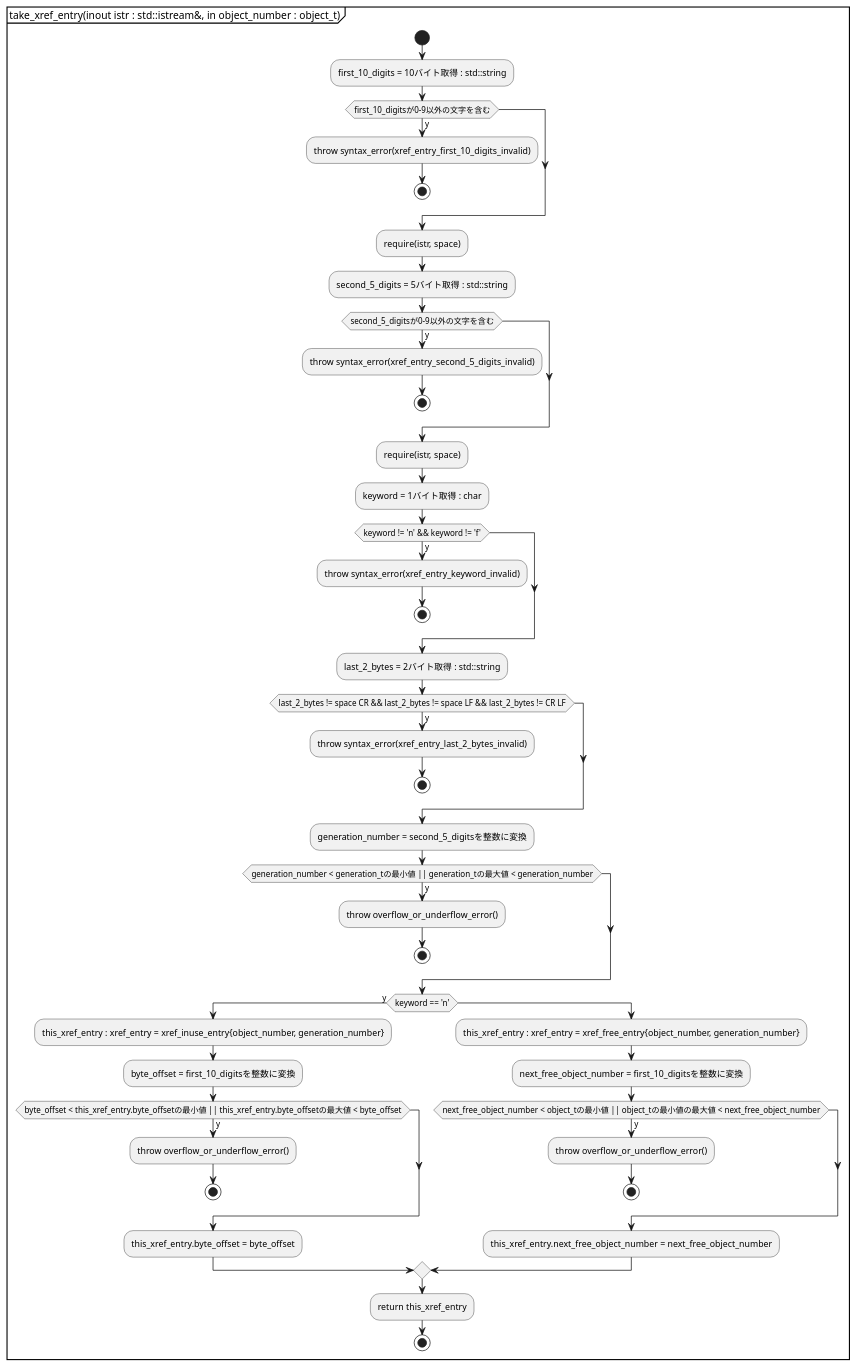
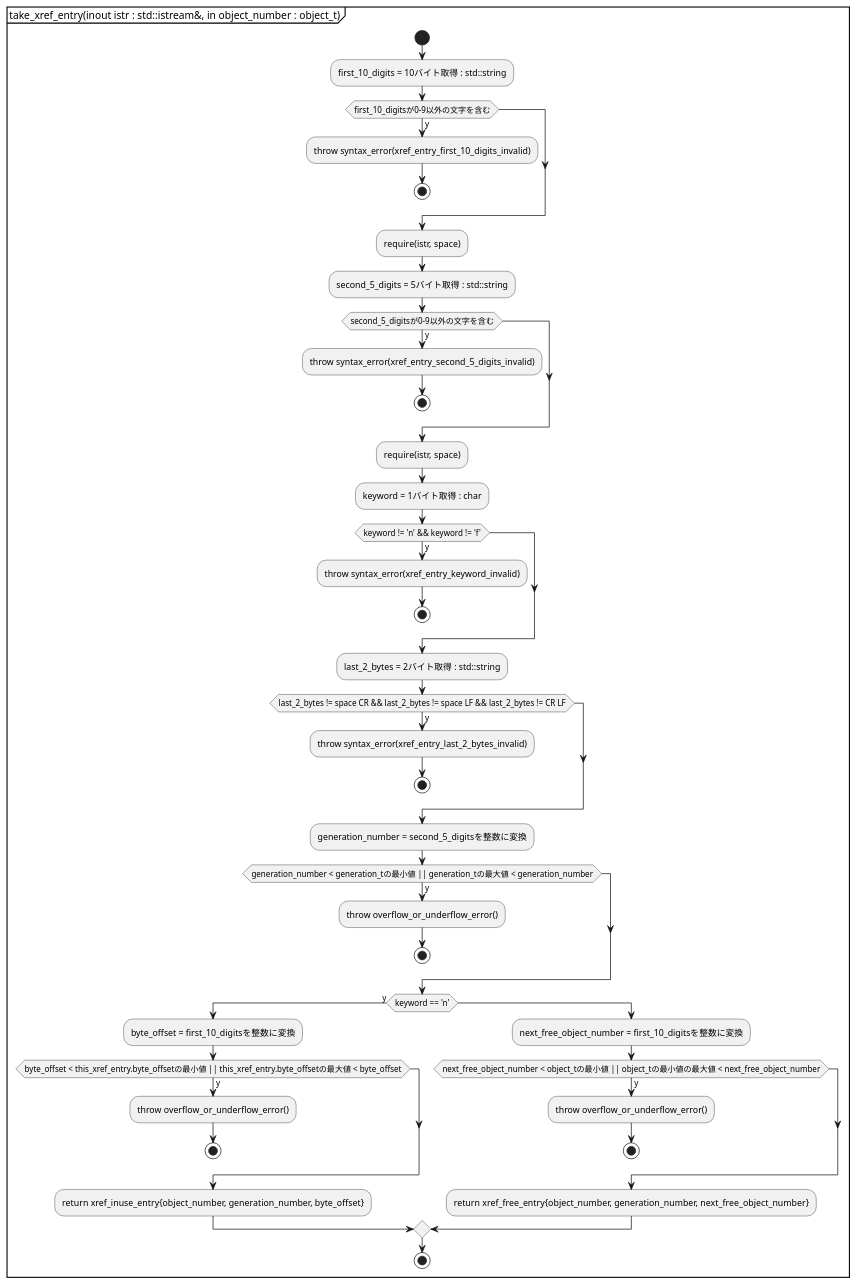
The seventh of 11 diagrams in document/parser.activity.pu (KodaiYM/PDFReader), drawn with PlantUML before and after one commit. The commit also changed 2 other files, not shown here.

Commit message:
wrote take_xref_entry

```diff
--- a/document/parser.activity.pu
+++ b/document/parser.activity.pu
@@ -110,52 +110,49 @@
 @startuml take_xref_entry
 partition "take_xref_entry(inout istr : std::istream&, in object_number : object_t)" {
 start
 	:first_10_digits = 10バイト取得 : std::string;
 	if (first_10_digitsが0-9以外の文字を含む) then (y)
 		:throw syntax_error(xref_entry_first_10_digits_invalid);
 		stop
 	endif
 	:require(istr, space);
 	:second_5_digits = 5バイト取得 : std::string;
 	if (second_5_digitsが0-9以外の文字を含む) then (y)
 		:throw syntax_error(xref_entry_second_5_digits_invalid);
 		stop
 	endif
 	:require(istr, space);
 	:keyword = 1バイト取得 : char;
 	if (keyword != 'n' && keyword != 'f') then (y)
 		:throw syntax_error(xref_entry_keyword_invalid);
 		stop
 	endif
 	:last_2_bytes = 2バイト取得 : std::string;
 	if (last_2_bytes != space CR && last_2_bytes != space LF && last_2_bytes != CR LF) then (y)
 		:throw syntax_error(xref_entry_last_2_bytes_invalid);
 		stop
 	endif
 
 	:generation_number = second_5_digitsを整数に変換;
 	if (generation_number < generation_tの最小値 || generation_tの最大値 < generation_number) then (y)
 		:throw overflow_or_underflow_error();
 		stop
 	endif
 	if (keyword == 'n') then (y)
-		:this_xref_entry : xref_entry = xref_inuse_entry{object_number, generation_number};
 		:byte_offset = first_10_digitsを整数に変換;
 		if (byte_offset < this_xref_entry.byte_offsetの最小値 || this_xref_entry.byte_offsetの最大値 < byte_offset) then (y)
 			:throw overflow_or_underflow_error();
 			stop
 		endif
-		:this_xref_entry.byte_offset = byte_offset;
+		:return xref_inuse_entry{object_number, generation_number, byte_offset};
 	else
-		:this_xref_entry : xref_entry = xref_free_entry{object_number, generation_number};
 		:next_free_object_number = first_10_digitsを整数に変換;
 		if (next_free_object_number < object_tの最小値 || object_tの最小値の最大値 < next_free_object_number) then (y)
 			:throw overflow_or_underflow_error();
 			stop
 		endif
-		:this_xref_entry.next_free_object_number = next_free_object_number;
+		:return xref_free_entry{object_number, generation_number, next_free_object_number};
 	endif
-	:return this_xref_entry;
 stop
 }
 @enduml
```
